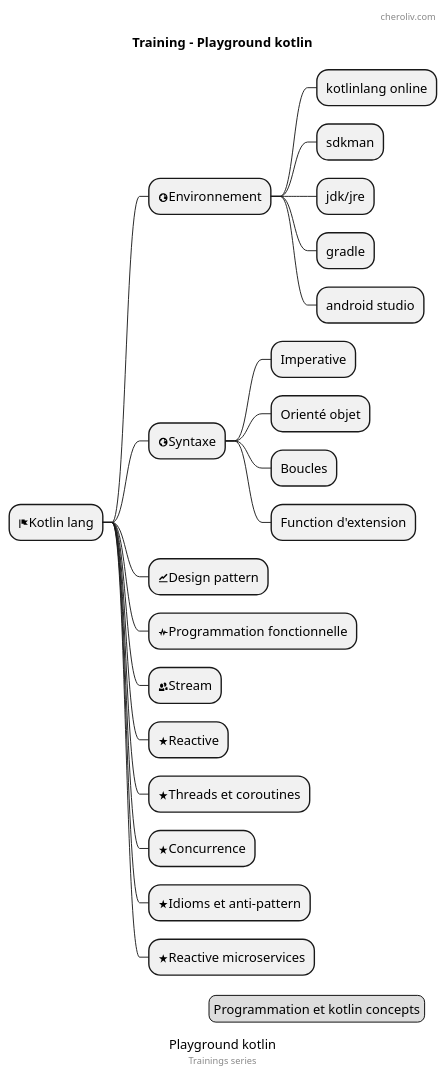
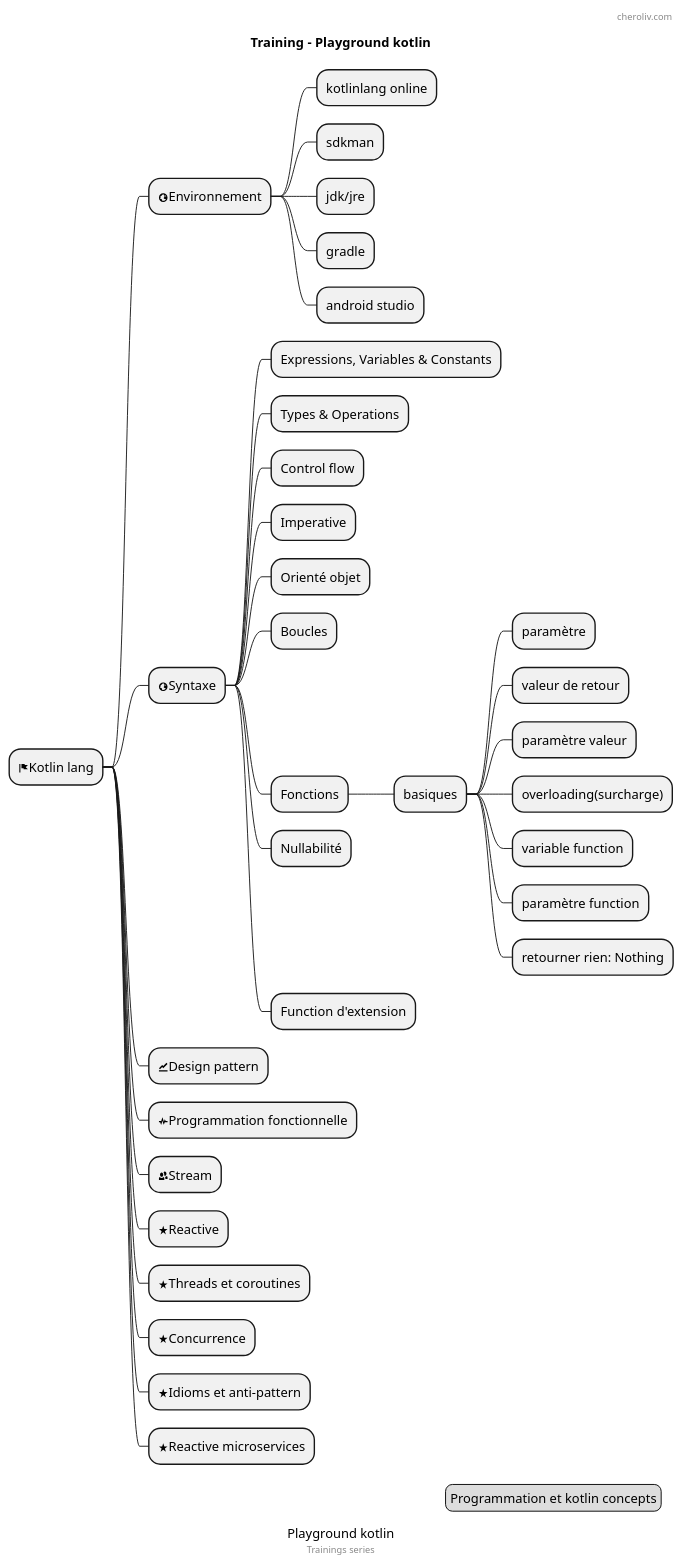
One commit to cheroliv/cheroliv.com changed the diagram in diagrams/training_kotlin.puml. Above: the diagram before and after it, drawn with PlantUML. The commit also changed 1 other file, not shown here.

```diff
--- a/diagrams/training_kotlin.puml
+++ b/diagrams/training_kotlin.puml
@@ -1,41 +1,53 @@
 @startmindmap
 'https://plantuml.com/mindmap-diagram
 
 caption Playground kotlin
 title Training - Playground kotlin
 
 * <&flag>Kotlin lang
 
 ** <&globe>Environnement
 *** kotlinlang online
 *** sdkman
 *** jdk/jre
 *** gradle
 *** android studio
 
 ** <&globe>Syntaxe
+*** Expressions, Variables & Constants
+*** Types & Operations
+*** Control flow
 *** Imperative
 *** Orienté objet
 *** Boucles
+*** Fonctions
+**** basiques
+***** paramètre
+***** valeur de retour
+***** paramètre valeur
+***** overloading(surcharge)
+***** variable function
+***** paramètre function
+***** retourner rien: Nothing
+*** Nullabilité
 *** Function d'extension
-
 ** <&graph>Design pattern
 ** <&pulse>Programmation fonctionnelle
 ** <&people>Stream
 ** <&star>Reactive
 ** <&star>Threads et coroutines
 ** <&star>Concurrence
 ** <&star>Idioms et anti-pattern
 ** <&star>Reactive microservices
 
 
 header
     cheroliv.com
 endheader
 
 center footer Trainings series
 
 legend right
   Programmation et kotlin concepts
 endlegend
 @endmindmap
```
